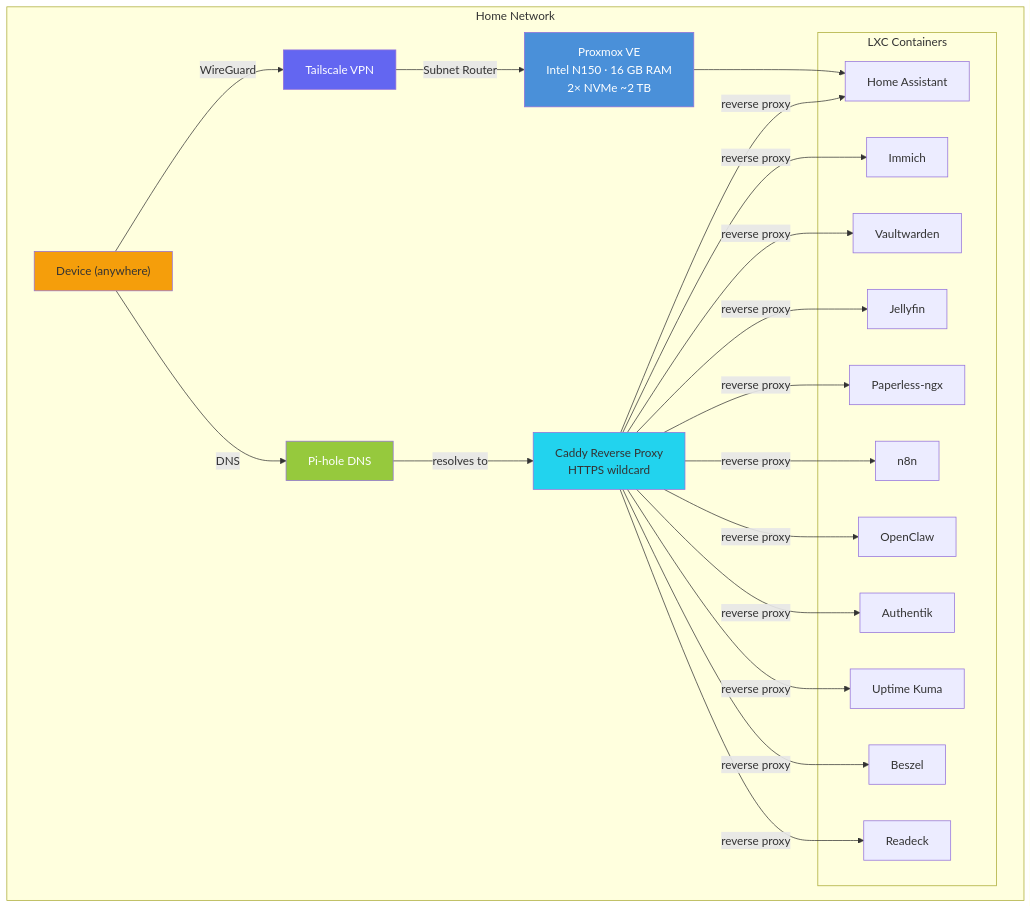
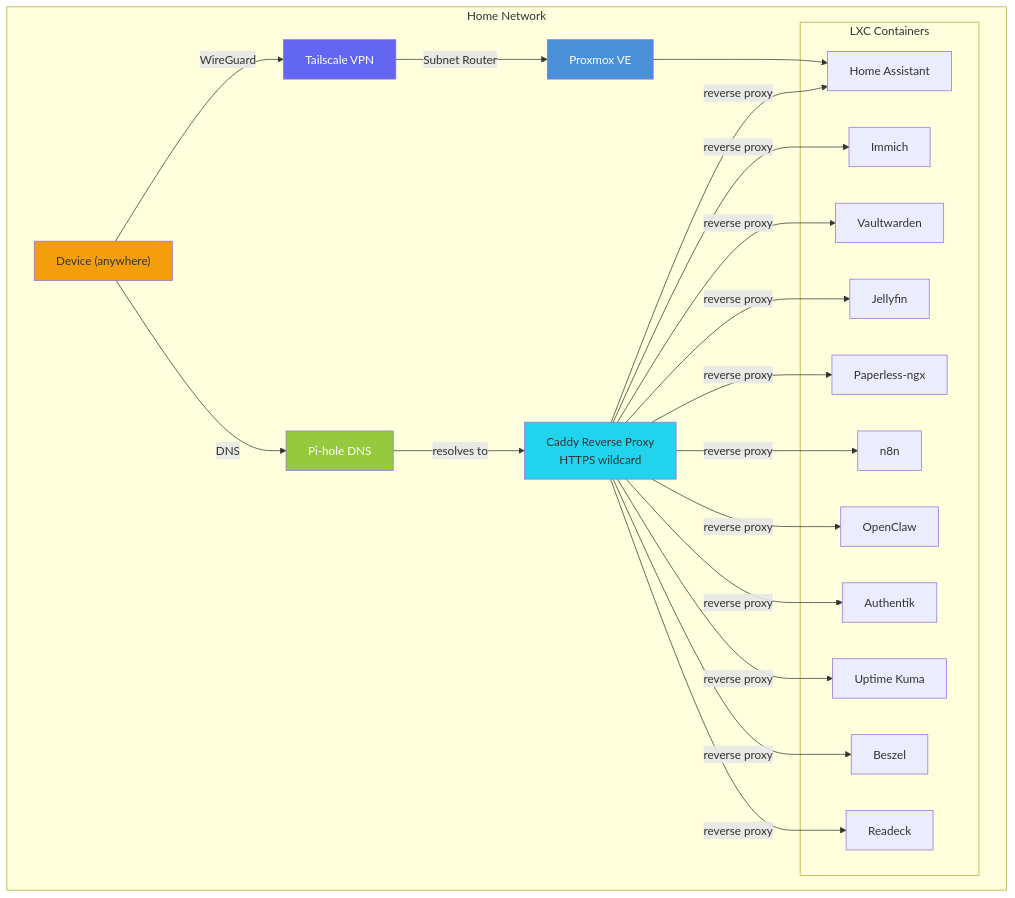
One commit to Nikolaikl/about-me changed the diagram in assets/images/arch_homelab.mmd. Above: the diagram before and after it, drawn with Mermaid. The commit also changed 4 other files, not shown here.

```diff
--- a/assets/images/arch_homelab.mmd
+++ b/assets/images/arch_homelab.mmd
@@ -1,51 +1,51 @@
 flowchart TD
     Device["Device (anywhere)"]
 
     Device -->|WireGuard| TS
 
     subgraph LAN["Home Network"]
         TS["Tailscale VPN"]
         TS -->|Subnet Router| PVE
 
-        PVE["Proxmox VE\nIntel N150 · 16 GB RAM\n2× NVMe ~2 TB"]
+        PVE["Proxmox VE"]
 
         Pihole["Pi-hole DNS"]
         Device -->|DNS| Pihole
         Pihole -->|resolves to| Caddy
 
         Caddy["Caddy Reverse Proxy\nHTTPS wildcard"]
 
         subgraph Services["LXC Containers"]
             HA["Home Assistant"]
             Immich["Immich"]
             VW["Vaultwarden"]
             Jellyfin["Jellyfin"]
             Paperless["Paperless-ngx"]
             N8N["n8n"]
             OpenClaw["OpenClaw"]
             Authentik["Authentik"]
             UptimeKuma["Uptime Kuma"]
             Beszel["Beszel"]
             Readeck["Readeck"]
         end
 
         Caddy -->|reverse proxy| HA
         Caddy -->|reverse proxy| Immich
         Caddy -->|reverse proxy| VW
         Caddy -->|reverse proxy| Jellyfin
         Caddy -->|reverse proxy| Paperless
         Caddy -->|reverse proxy| N8N
         Caddy -->|reverse proxy| OpenClaw
         Caddy -->|reverse proxy| Authentik
         Caddy -->|reverse proxy| UptimeKuma
         Caddy -->|reverse proxy| Beszel
         Caddy -->|reverse proxy| Readeck
 
         PVE --> HA
     end
 
     style Device fill:#f59e0b,color:#333
     style TS fill:#6366f1,color:#fff
     style PVE fill:#4a90d9,color:#fff
     style Pihole fill:#96c93d,color:#fff
     style Caddy fill:#22d3ee,color:#333
```
